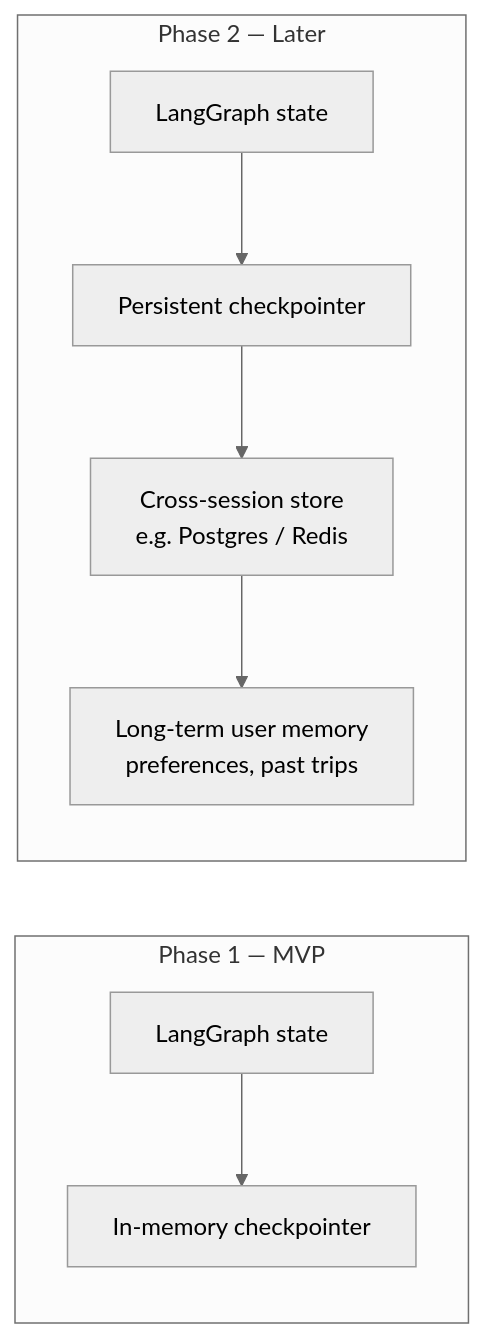
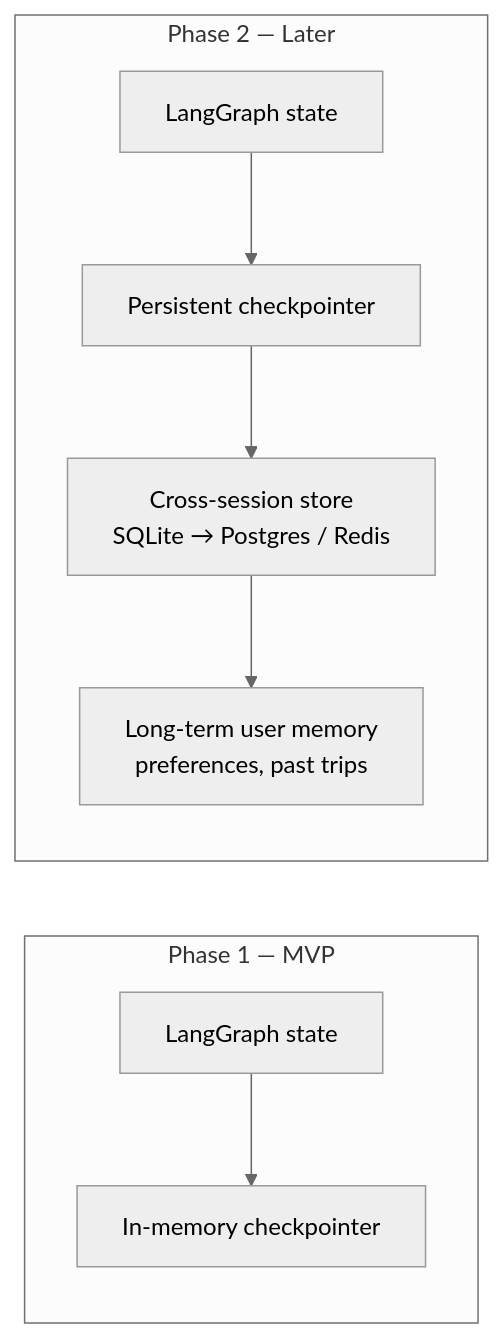
Before and after one commit to Minal18/ai-trip-planner-chatbot: the second of 3 diagrams in docs/architecture.md, drawn with Mermaid (neutral theme). The commit also changed other lines of this file, not shown here.

Commit message:
Update architecture doc with more context/details

````diff
--- a/docs/architecture.md
+++ b/docs/architecture.md
@@ -158,12 +156,12 @@
 ```mermaid
 graph LR
     subgraph Phase1[Phase 1 — MVP]
         G1[LangGraph state] --> C1[In-memory checkpointer]
     end
 
     subgraph Phase2[Phase 2 — Later]
         G2[LangGraph state] --> C2[Persistent checkpointer]
-        C2 --> Store[Cross-session store<br/>e.g. Postgres / Redis]
+        C2 --> Store[Cross-session store<br/>SQLite → Postgres / Redis]
         Store --> LTM[Long-term user memory<br/>preferences, past trips]
     end
 ```
````
